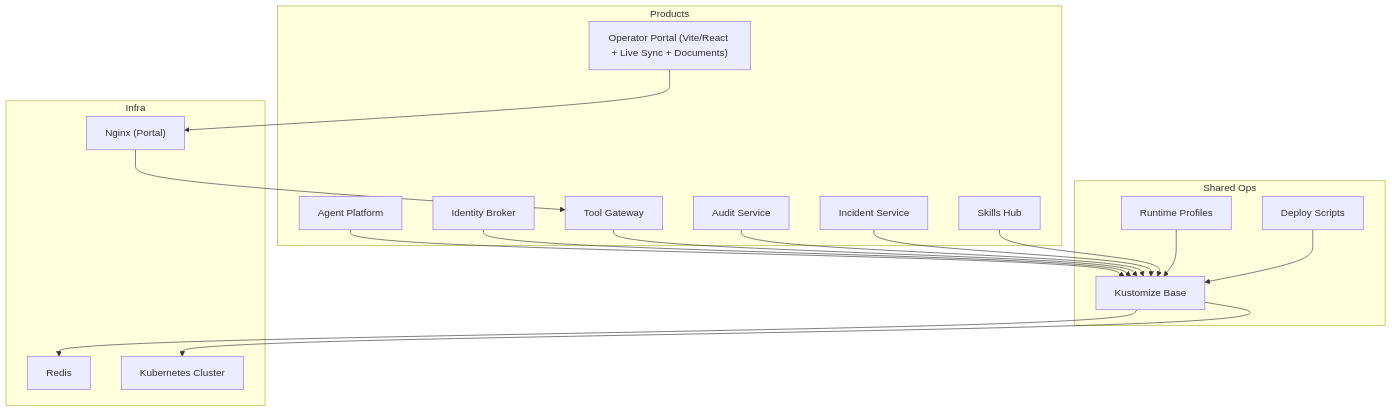
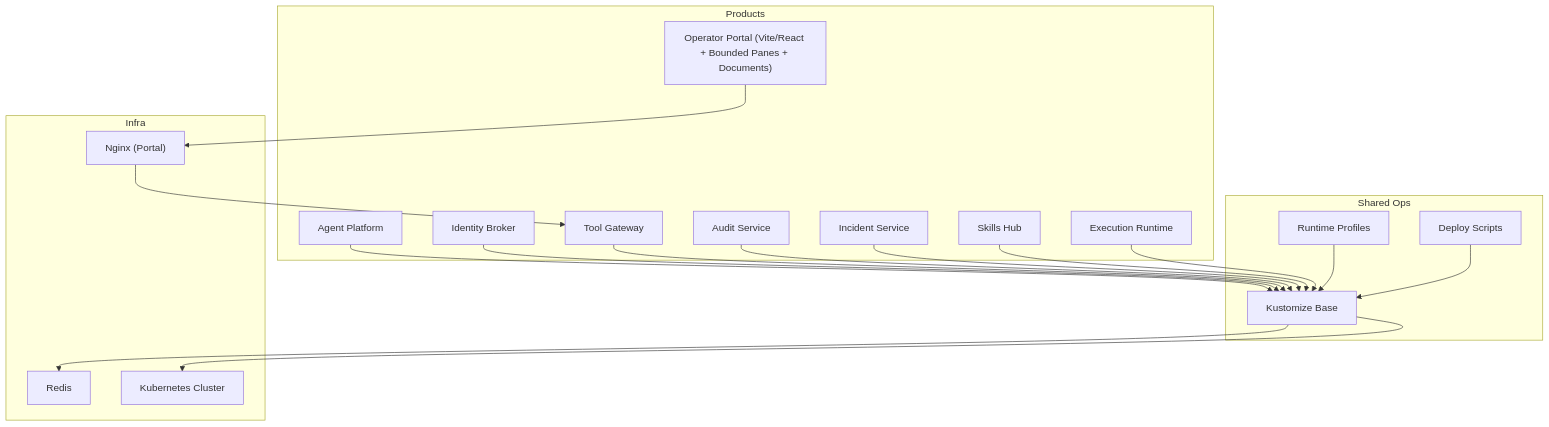
One commit to metasync/luban-aiops changed the first of 2 diagrams in .qoder/repowiki/en/content/Getting Started.md. Above: the diagram before and after it, drawn with Mermaid. The commit also changed other lines of this file and 11 other files, not shown here.

````diff
--- a/.qoder/repowiki/en/content/Getting Started.md
+++ b/.qoder/repowiki/en/content/Getting Started.md
@@ -125,34 +128,36 @@
 ```mermaid
 graph TB
 subgraph "Products"
 AP["Agent Platform"]
 IB["Identity Broker"]
 TG["Tool Gateway"]
-OP["Operator Portal (Vite/React + Live Sync + Documents)"]
+OP["Operator Portal (Vite/React + Bounded Panes + Documents)"]
 AS["Audit Service"]
 IS["Incident Service"]
 SH["Skills Hub"]
+ER["Execution Runtime"]
 end
 subgraph "Shared Ops"
 KO["Kustomize Base"]
 RP["Runtime Profiles"]
 DS["Deploy Scripts"]
 end
 subgraph "Infra"
 RDS["Redis"]
 K8S["Kubernetes Cluster"]
 NGINX["Nginx (Portal)"]
 end
 AP --> KO
 IB --> KO
 TG --> KO
 OP --> NGINX
 AS --> KO
 IS --> KO
 SH --> KO
+ER --> KO
 KO --> RDS
 KO --> K8S
 RP --> KO
 DS --> KO
 NGINX --> TG
 ```
````
